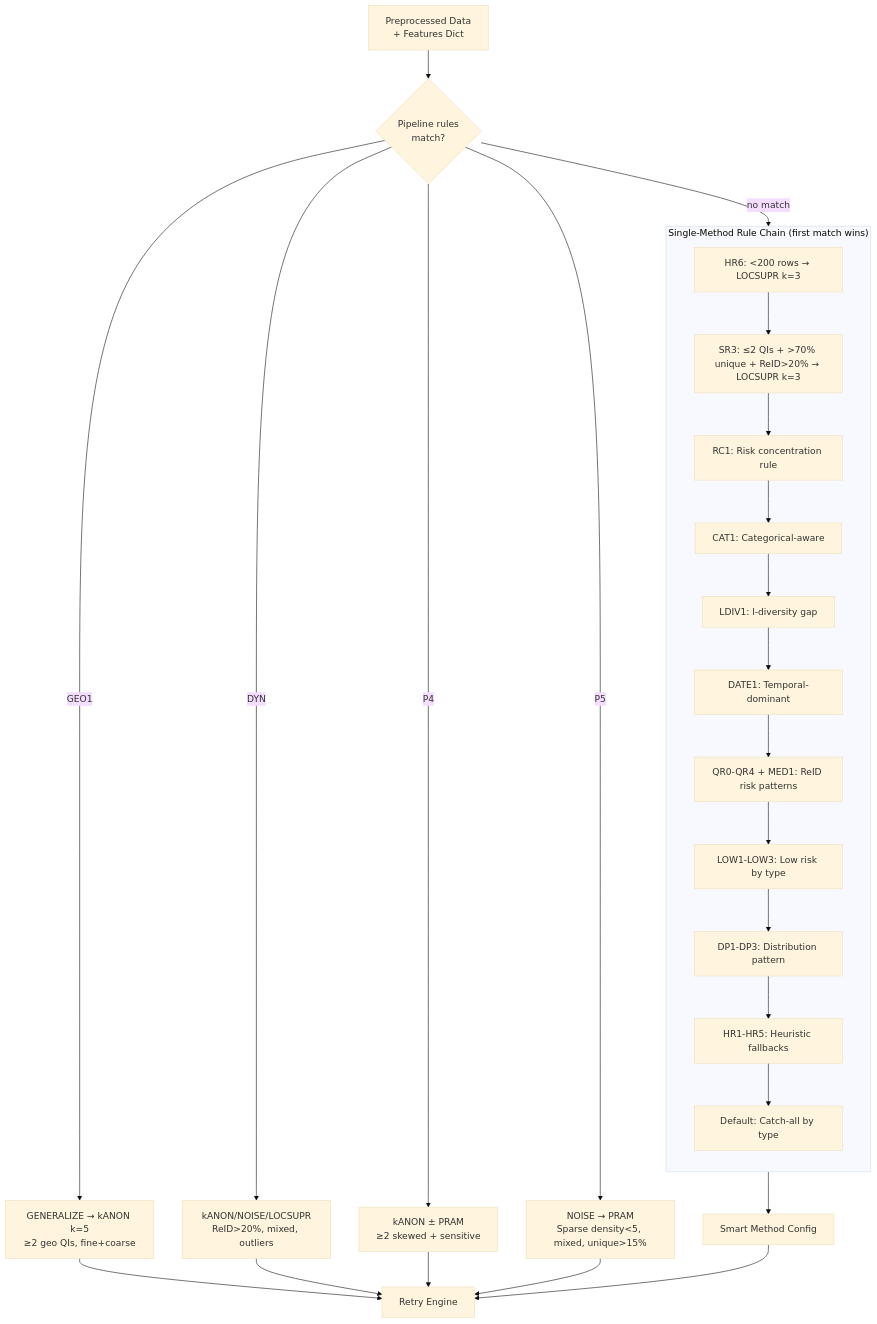
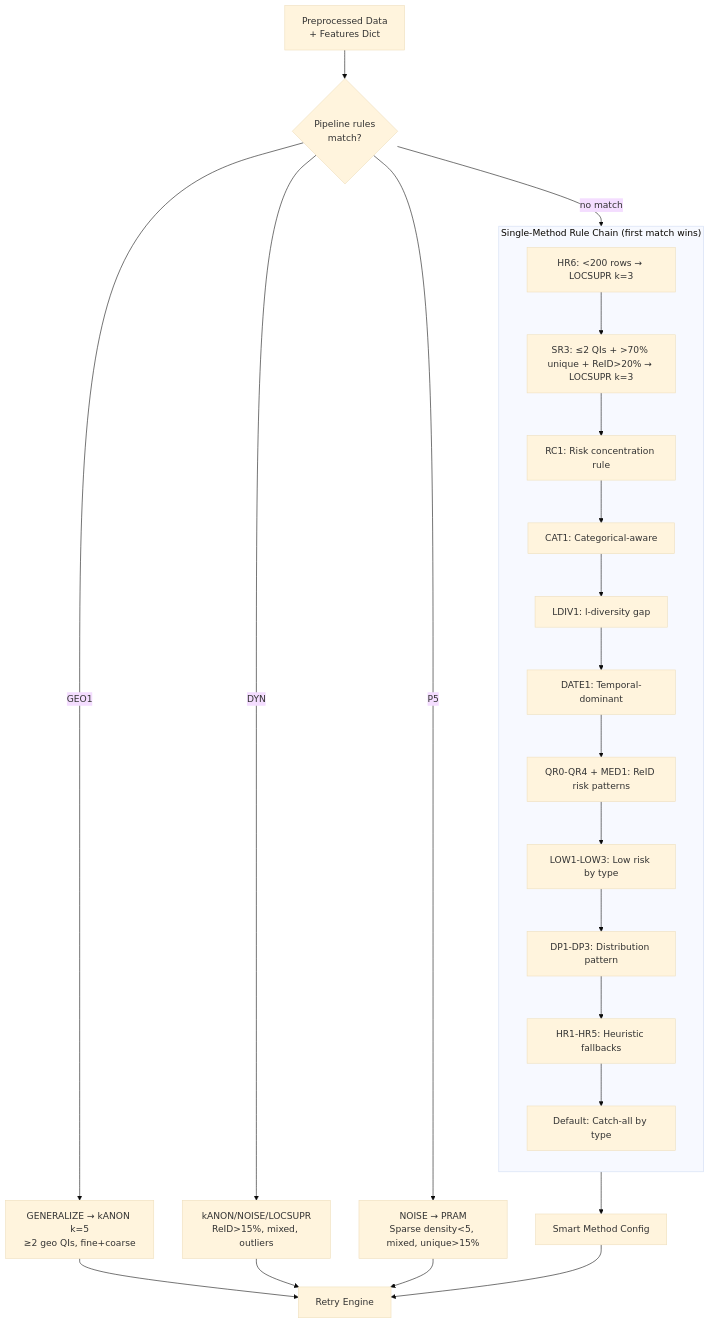
Before and after one commit to emantzoo/sdc_engine: the sixth of 9 diagrams in docs/smart_rules_complete.md, drawn with Mermaid (base theme). The commit also changed other lines of this file and 4 other files, not shown here.

````diff
--- a/docs/smart_rules_complete.md
+++ b/docs/smart_rules_complete.md
@@ -413,35 +413,33 @@
 ```mermaid
 flowchart TD
     START[Preprocessed Data<br/>+ Features Dict] --> PIPE{Pipeline rules<br/>match?}
     
     PIPE -->|GEO1| PIPE_GEO["GENERALIZE → kANON k=5<br/>≥2 geo QIs, fine+coarse"]
-    PIPE -->|DYN| PIPE_DYN["kANON/NOISE/LOCSUPR<br/>ReID>20%, mixed, outliers"]
-    PIPE -->|P4| PIPE_P4["kANON ± PRAM<br/>≥2 skewed + sensitive"]
+    PIPE -->|DYN| PIPE_DYN["kANON/NOISE/LOCSUPR<br/>ReID>15%, mixed, outliers"]
     PIPE -->|P5| PIPE_P5["NOISE → PRAM<br/>Sparse density<5, mixed, unique>15%"]
     PIPE -->|no match| RULES
 
     PIPE_GEO --> ENGINE[Retry Engine]
     PIPE_DYN --> ENGINE
-    PIPE_P4 --> ENGINE
     PIPE_P5 --> ENGINE
     
     subgraph RULES["Single-Method Rule Chain (first match wins)"]
         direction TB
         R_HR6["HR6: <200 rows → LOCSUPR k=3"]
         R_SR["SR3: ≤2 QIs + >70% unique + ReID>20% → LOCSUPR k=3"]
         R_RC["RC1: Risk concentration rule"]
         R_CAT["CAT1: Categorical-aware"]
         R_LDIV["LDIV1: l-diversity gap"]
         R_DATE["DATE1: Temporal-dominant"]
         R_QR["QR0-QR4 + MED1: ReID risk patterns"]
         R_LOW["LOW1-LOW3: Low risk by type"]
         R_DP["DP1-DP3: Distribution pattern"]
         R_HR["HR1-HR5: Heuristic fallbacks"]
         R_DEF["Default: Catch-all by type"]
         
         R_HR6 --> R_SR --> R_RC --> R_CAT --> R_LDIV --> R_DATE --> R_QR --> R_LOW --> R_DP --> R_HR --> R_DEF
     end
     
     RULES --> SMART[Smart Method Config]
     SMART --> ENGINE
 ```
````
